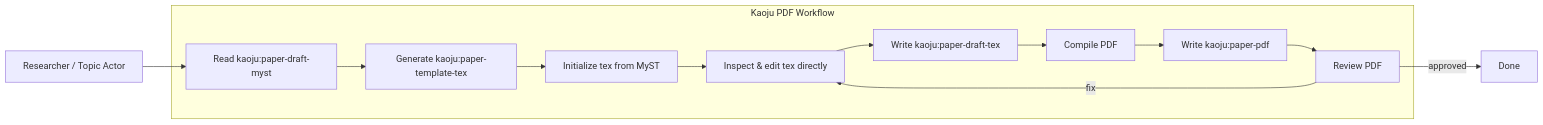
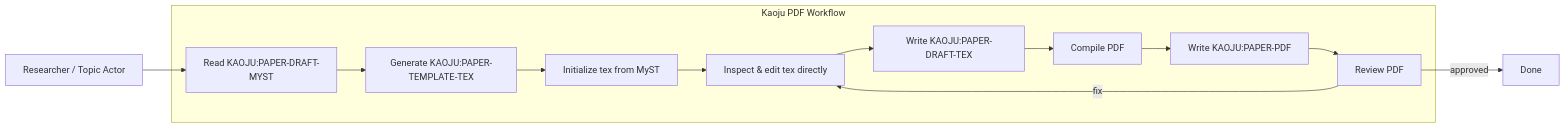
Before and after one commit to CodeGandee/isomer-labs: the first of 2 diagrams in context/features/2026-07-14-kaoju-survey-process-usecases/usecases/uc-06-create-paper-pdf.md, drawn with Mermaid. The commit also changed other lines of this file and 309 other files, not shown here.

````diff
--- a/context/features/2026-07-14-kaoju-survey-process-usecases/usecases/uc-06-create-paper-pdf.md
+++ b/context/features/2026-07-14-kaoju-survey-process-usecases/usecases/uc-06-create-paper-pdf.md
@@ -97,26 +97,26 @@
 ```mermaid
 flowchart LR
   Actor[Researcher / Topic Actor]
 
   subgraph System[Kaoju PDF Workflow]
-    ReadMyst[Read kaoju:paper-draft-myst]
-    GenTemplate[Generate kaoju:paper-template-tex]
+    ReadMyst[Read KAOJU:PAPER-DRAFT-MYST]
+    GenTemplate[Generate KAOJU:PAPER-TEMPLATE-TEX]
     InitTex[Initialize tex from MyST]
     RefineTex[Inspect & edit tex directly]
-    WriteTex[Write kaoju:paper-draft-tex]
+    WriteTex[Write KAOJU:PAPER-DRAFT-TEX]
     Compile[Compile PDF]
-    WritePdf[Write kaoju:paper-pdf]
+    WritePdf[Write KAOJU:PAPER-PDF]
     Review[Review PDF]
   end
 
   Actor --> ReadMyst
   ReadMyst --> GenTemplate
   GenTemplate --> InitTex
   InitTex --> RefineTex
   RefineTex --> WriteTex
   WriteTex --> Compile
   Compile --> WritePdf
   WritePdf --> Review
   Review -->|approved| Done[Done]
   Review -->|fix| RefineTex
 ```
````
